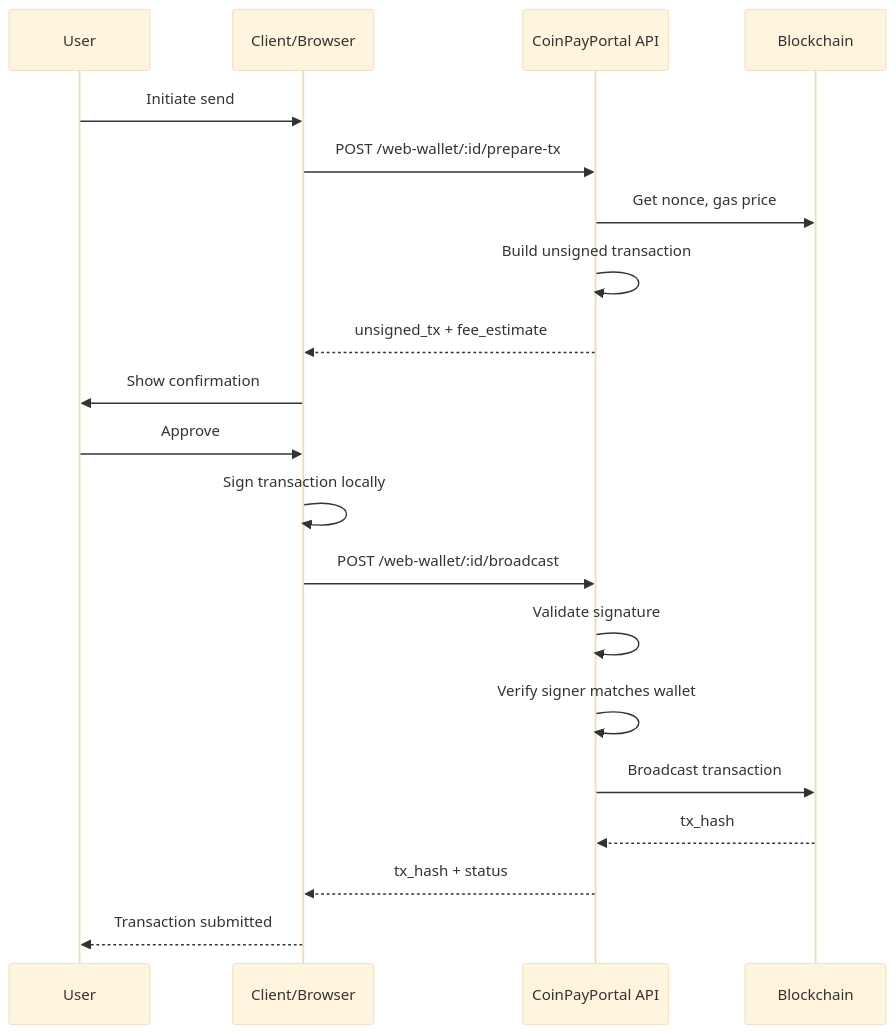
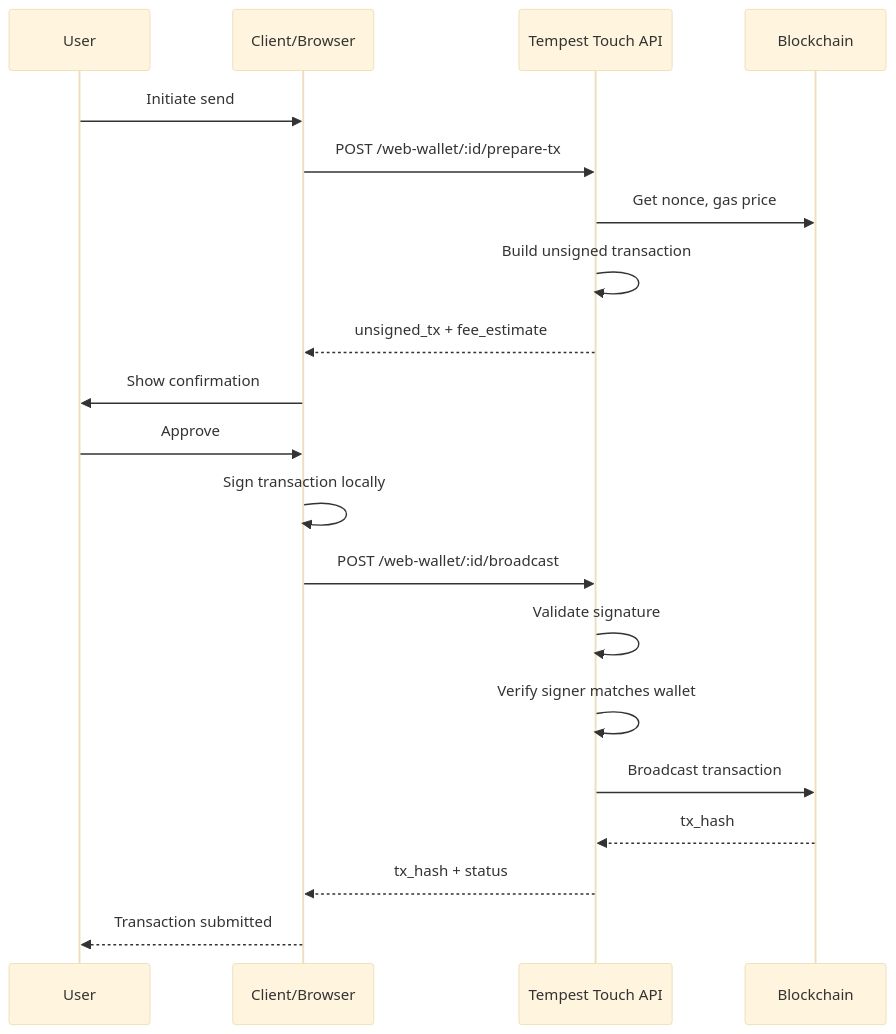
One commit to dellah-24/black-payment-services changed the diagram in docs/web-wallet/07-SIGNING-PROTOCOL.md. Above: the diagram before and after it, drawn with Mermaid (base theme). The commit also changed other lines of this file and 465 other files, not shown here.

````diff
--- a/docs/web-wallet/07-SIGNING-PROTOCOL.md
+++ b/docs/web-wallet/07-SIGNING-PROTOCOL.md
@@ -23,23 +23,23 @@
 ```mermaid
 sequenceDiagram
     participant User
     participant Client as Client/Browser
-    participant API as CoinPayPortal API
+    participant API as Tempest Touch API
     participant Chain as Blockchain
 
     User->>Client: Initiate send
     Client->>API: POST /web-wallet/:id/prepare-tx
     API->>Chain: Get nonce, gas price
     API->>API: Build unsigned transaction
     API-->>Client: unsigned_tx + fee_estimate
     Client->>User: Show confirmation
     User->>Client: Approve
     Client->>Client: Sign transaction locally
     Client->>API: POST /web-wallet/:id/broadcast
     API->>API: Validate signature
     API->>API: Verify signer matches wallet
     API->>Chain: Broadcast transaction
     Chain-->>API: tx_hash
     API-->>Client: tx_hash + status
     Client-->>User: Transaction submitted
 ```
````
